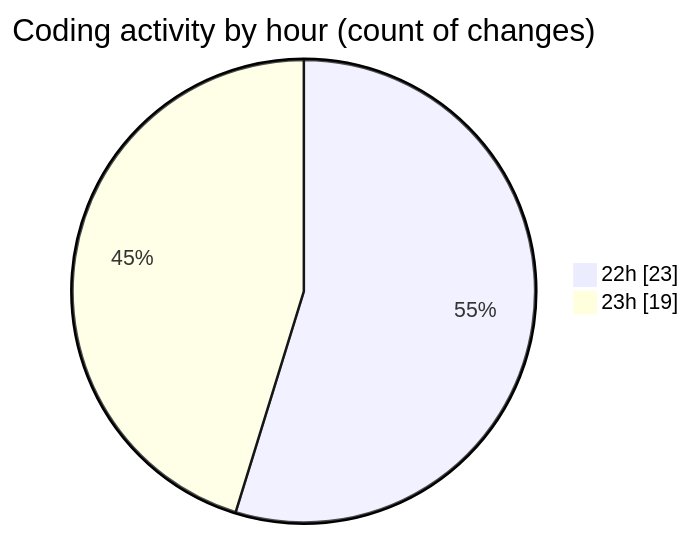
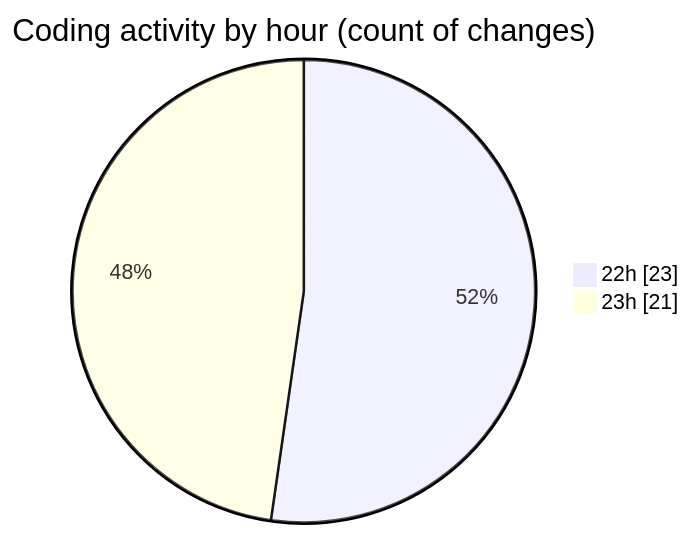
One commit to Ritupan-Deka/code-tracking changed the second of 2 diagrams in 2025-10-08/url-shortener/README.md. Above: the diagram before and after it, drawn with Mermaid. The commit also changed other lines of this file and 1 other file, not shown here.

````diff
--- a/2025-10-08/url-shortener/README.md
+++ b/2025-10-08/url-shortener/README.md
@@ -31,6 +32,6 @@
 ```mermaid
 pie showData
 title Coding activity by hour (count of changes)
 "22h" : 23
-"23h" : 19
+"23h" : 21
 ```
````
